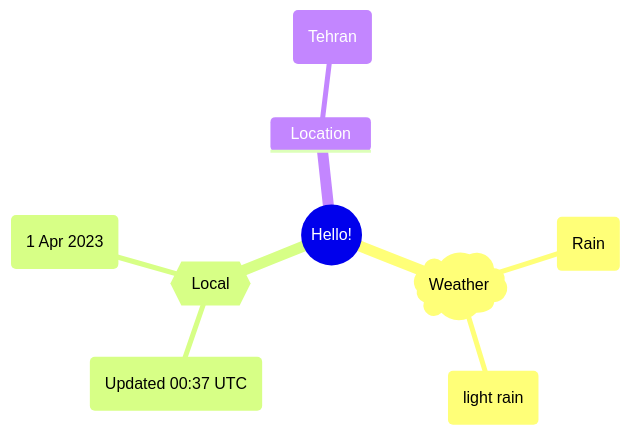
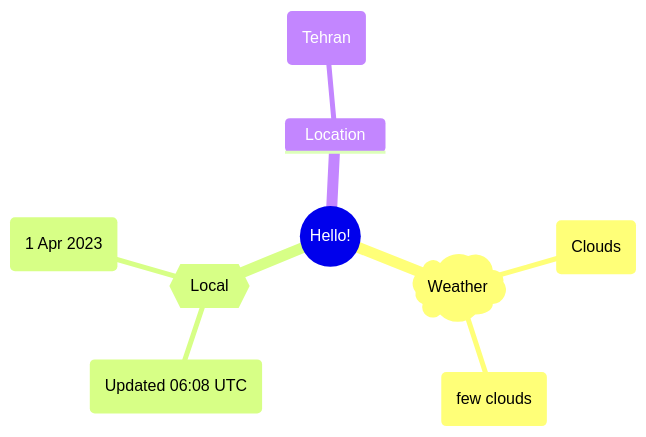
The first of 2 diagrams in README.md (Xosrov/Xosrov), drawn with Mermaid before and after one commit.

Commit message:
[bot] updated images

````diff
--- a/README.md
+++ b/README.md
@@ -3,12 +3,12 @@
 ```mermaid
 mindmap
   root((Hello!))
     )Weather(
-        (Rain)
-        (light rain)
+        (Clouds)
+        (few clouds)
     {{Local}}
-        (Updated 00:37 UTC)
+        (Updated 06:08 UTC)
         (1 Apr 2023)
     Location
         (Tehran)
 ```
````
